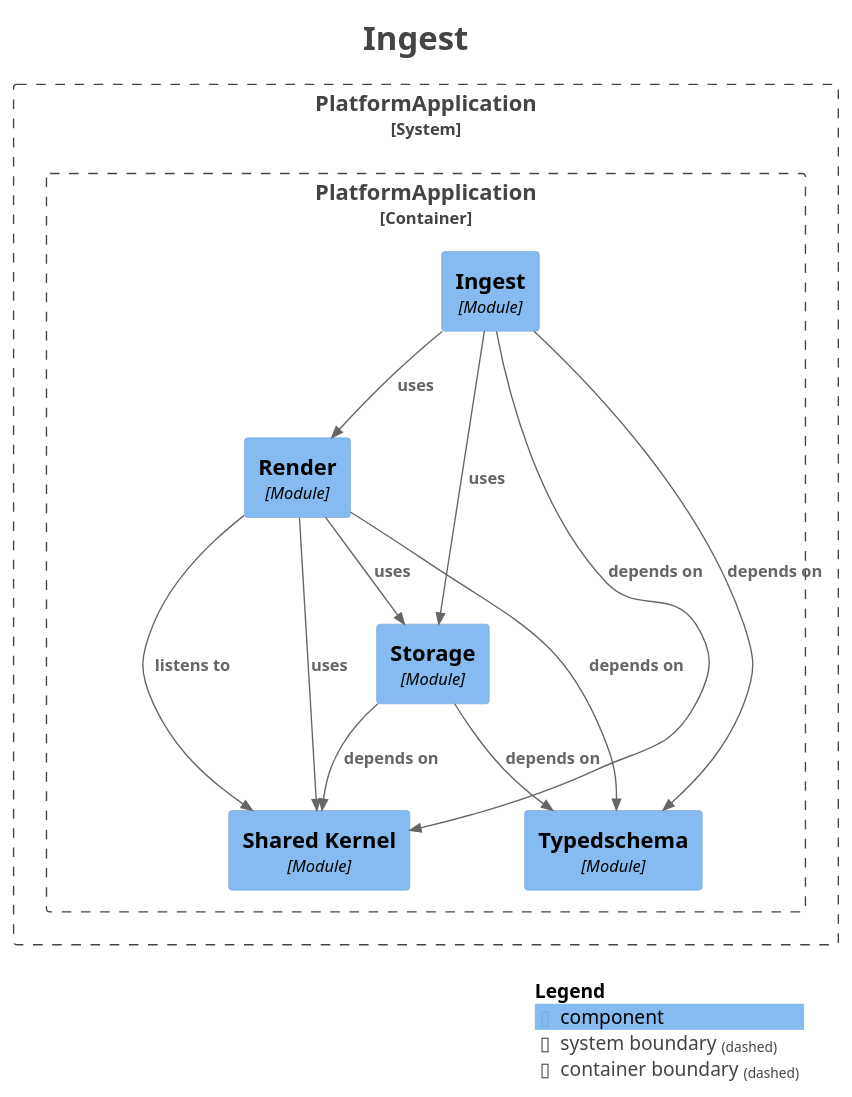
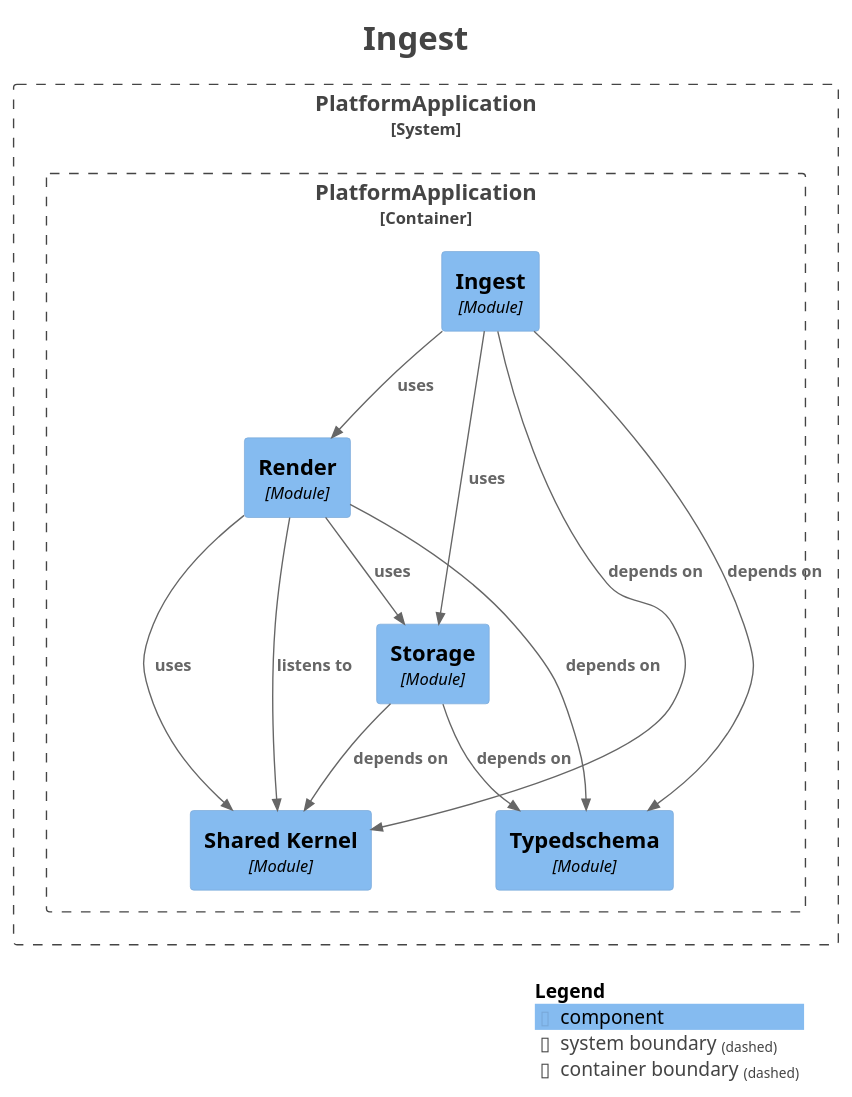
One commit to shangxq007/media-platform changed the diagram in platform-app/docs/architecture/maps/generated/modulith/module-ingest.puml. Above: the diagram before and after it, drawn with PlantUML. The commit also changed other lines of this file and 34 other files, not shown here.

```diff
--- a/platform-app/docs/architecture/maps/generated/modulith/module-ingest.puml
+++ b/platform-app/docs/architecture/maps/generated/modulith/module-ingest.puml
@@ -1,42 +1,42 @@
 @startuml
 title <size:24>Ingest</size>
 
 set separator none
 top to bottom direction
 
 <style>
   root {
     BackgroundColor: #ffffff
     FontColor: #444444
   }
 </style>
 
 !include <C4/C4>
 !include <C4/C4_Context>
 !include <C4/C4_Component>
 
 System_Boundary("PlatformApplication_boundary", "PlatformApplication", $tags="") {
   Container_Boundary("PlatformApplication.PlatformApplication_boundary", "PlatformApplication", $tags="") {
     Component(PlatformApplication.PlatformApplication.Ingest, "Ingest", $techn="Module", $descr="", $tags="", $link="")
     Component(PlatformApplication.PlatformApplication.Render, "Render", $techn="Module", $descr="", $tags="", $link="")
     Component(PlatformApplication.PlatformApplication.SharedKernel, "Shared Kernel", $techn="Module", $descr="", $tags="", $link="")
     Component(PlatformApplication.PlatformApplication.Storage, "Storage", $techn="Module", $descr="", $tags="", $link="")
     Component(PlatformApplication.PlatformApplication.Typedschema, "Typedschema", $techn="Module", $descr="", $tags="", $link="")
   }
 
 }
 
-Rel(PlatformApplication.PlatformApplication.Render, PlatformApplication.PlatformApplication.SharedKernel, "listens to", $techn="", $tags="", $link="")
-Rel(PlatformApplication.PlatformApplication.Render, PlatformApplication.PlatformApplication.Typedschema, "depends on", $techn="", $tags="", $link="")
-Rel(PlatformApplication.PlatformApplication.Render, PlatformApplication.PlatformApplication.Storage, "uses", $techn="", $tags="", $link="")
 Rel(PlatformApplication.PlatformApplication.Render, PlatformApplication.PlatformApplication.SharedKernel, "uses", $techn="", $tags="", $link="")
 Rel(PlatformApplication.PlatformApplication.Storage, PlatformApplication.PlatformApplication.Typedschema, "depends on", $techn="", $tags="", $link="")
 Rel(PlatformApplication.PlatformApplication.Storage, PlatformApplication.PlatformApplication.SharedKernel, "depends on", $techn="", $tags="", $link="")
 Rel(PlatformApplication.PlatformApplication.Ingest, PlatformApplication.PlatformApplication.SharedKernel, "depends on", $techn="", $tags="", $link="")
 Rel(PlatformApplication.PlatformApplication.Ingest, PlatformApplication.PlatformApplication.Typedschema, "depends on", $techn="", $tags="", $link="")
 Rel(PlatformApplication.PlatformApplication.Ingest, PlatformApplication.PlatformApplication.Storage, "uses", $techn="", $tags="", $link="")
 Rel(PlatformApplication.PlatformApplication.Ingest, PlatformApplication.PlatformApplication.Render, "uses", $techn="", $tags="", $link="")
+Rel(PlatformApplication.PlatformApplication.Render, PlatformApplication.PlatformApplication.SharedKernel, "listens to", $techn="", $tags="", $link="")
+Rel(PlatformApplication.PlatformApplication.Render, PlatformApplication.PlatformApplication.Typedschema, "depends on", $techn="", $tags="", $link="")
+Rel(PlatformApplication.PlatformApplication.Render, PlatformApplication.PlatformApplication.Storage, "uses", $techn="", $tags="", $link="")
 
 SHOW_LEGEND(true)
 hide stereotypes
 @enduml
```
